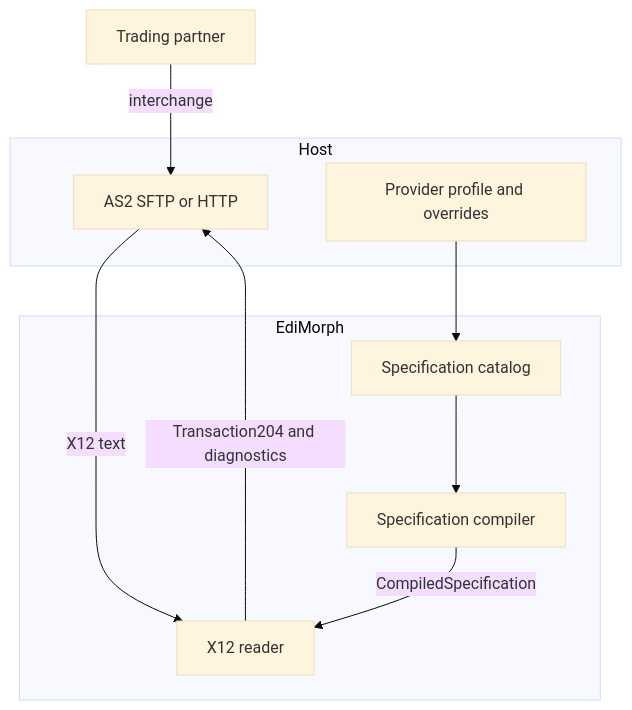
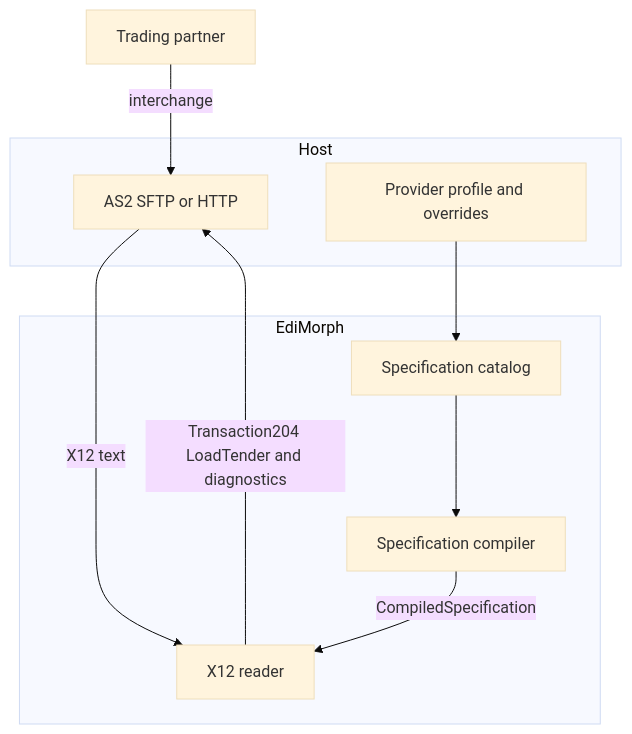
One commit to TuralSuleymani/EdiMorph changed the first of 7 diagrams in README.md. Above: the diagram before and after it, drawn with Mermaid (base theme). The commit also changed other lines of this file and 3 other files, not shown here.

First line of the commit message:
Mark the 004010 LoadTender release as 0.2.0.

````diff
--- a/README.md
+++ b/README.md
@@ -47,20 +47,20 @@
 ```mermaid
 flowchart TB
   subgraph host [Host]
     Connector[AS2 SFTP or HTTP]
     Profile[Provider profile and overrides]
   end
 
   subgraph edimorph [EdiMorph]
     Catalog[Specification catalog]
     Compiler[Specification compiler]
     Reader[X12 reader]
   end
 
   Partner[Trading partner] -->|interchange| Connector
   Connector -->|X12 text| Reader
   Profile --> Catalog
   Catalog --> Compiler
   Compiler -->|CompiledSpecification| Reader
-  Reader -->|Transaction204 and diagnostics| Connector
+  Reader -->|Transaction204 LoadTender and diagnostics| Connector
 ```
````
